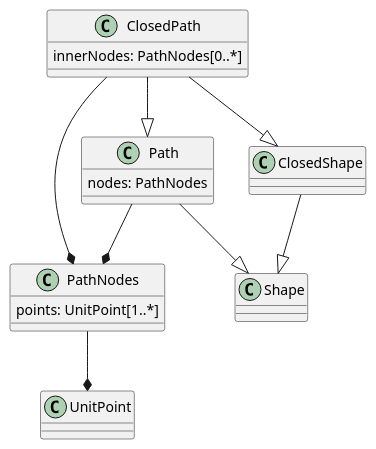
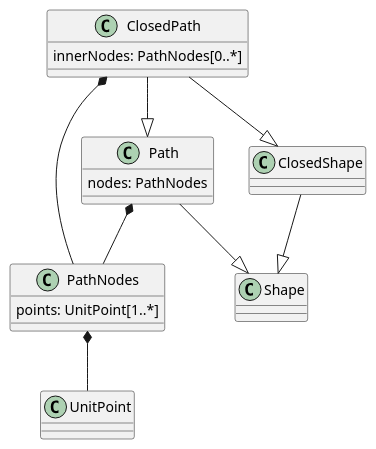
One commit to opengeospatial/styles-and-symbology changed the third of 3 diagrams in core/sections/clause_11_shapes.adoc. Above: the diagram before and after it, drawn with PlantUML. The commit also changed other lines of this file and 10 other files, not shown here.

```diff
--- a/core/sections/clause_11_shapes.adoc
+++ b/core/sections/clause_11_shapes.adoc
@@ -137,15 +137,15 @@
 [plantuml, target=diagram-classes, format=png]
 ....
 PathNodes : points: UnitPoint[1..*]
-PathNodes --* UnitPoint
+PathNodes *-- UnitPoint
 
 Path --|> Shape
 Path : nodes: PathNodes
-Path --* PathNodes
+Path *-- PathNodes
 
 ClosedPath --|> Path
 ClosedPath --|> ClosedShape
 ClosedShape --|> Shape
 ClosedPath : innerNodes: PathNodes[0..*]
-ClosedPath --* PathNodes
+ClosedPath *-- PathNodes
 ....
```
